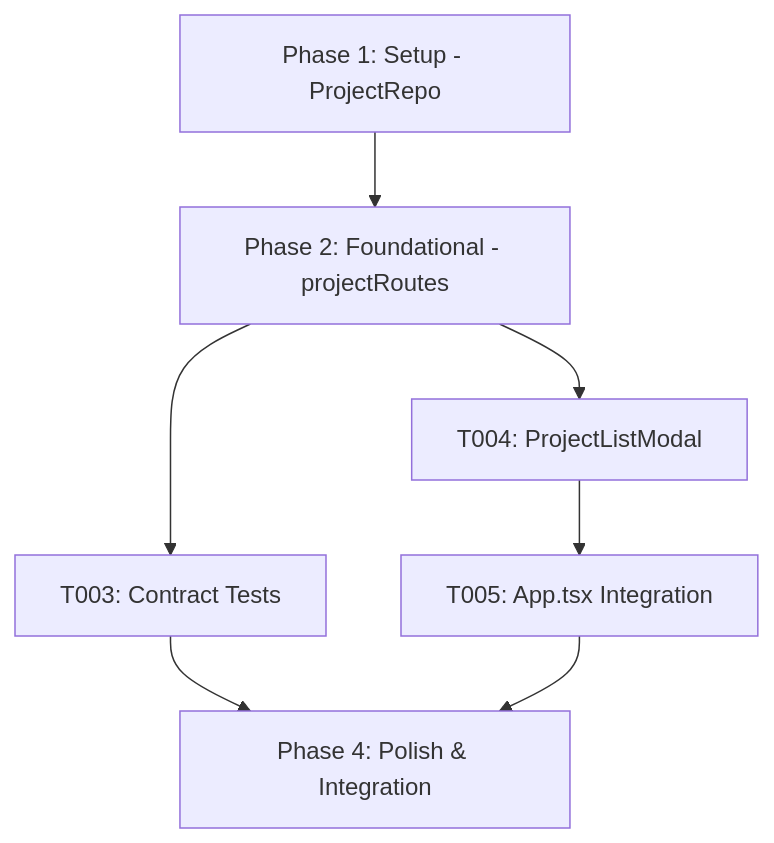
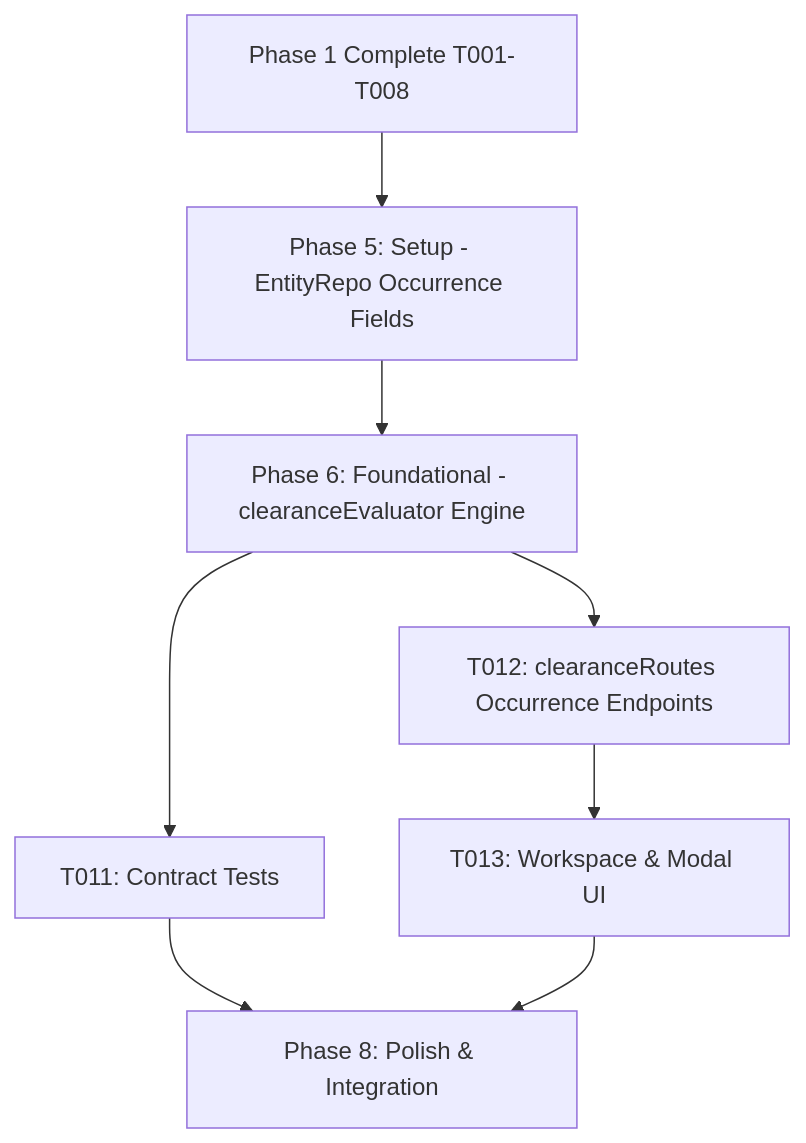
Before and after one commit to fmcgoohan/clearancescout: the diagram in specs/016-production-clearance-model/tasks.md, drawn with Mermaid. The commit also changed other lines of this file, not shown here.

Commit message:
docs(tasks): append Phase 2 occurrence evaluation tasks to 016-production-clearance-model

````diff
--- a/specs/016-production-clearance-model/tasks.md
+++ b/specs/016-production-clearance-model/tasks.md
@@ -58,9 +94,10 @@
 ```mermaid
 graph TD
-    Phase1[Phase 1: Setup - ProjectRepo] --> Phase2[Phase 2: Foundational - projectRoutes]
-    Phase2 --> US1_Tests[T003: Contract Tests]
-    Phase2 --> US1_Modal[T004: ProjectListModal]
-    US1_Modal --> US1_App[T005: App.tsx Integration]
-    US1_Tests --> Polish[Phase 4: Polish & Integration]
-    US1_App --> Polish
+    Phase1to4[Phase 1 Complete T001-T008] --> Phase5[Phase 5: Setup - EntityRepo Occurrence Fields]
+    Phase5 --> Phase6[Phase 6: Foundational - clearanceEvaluator Engine]
+    Phase6 --> US2_Tests[T011: Contract Tests]
+    Phase6 --> US2_Routes[T012: clearanceRoutes Occurrence Endpoints]
+    US2_Routes --> US2_UI[T013: Workspace & Modal UI]
+    US2_Tests --> Phase8[Phase 8: Polish & Integration]
+    US2_UI --> Phase8
 ```
````
